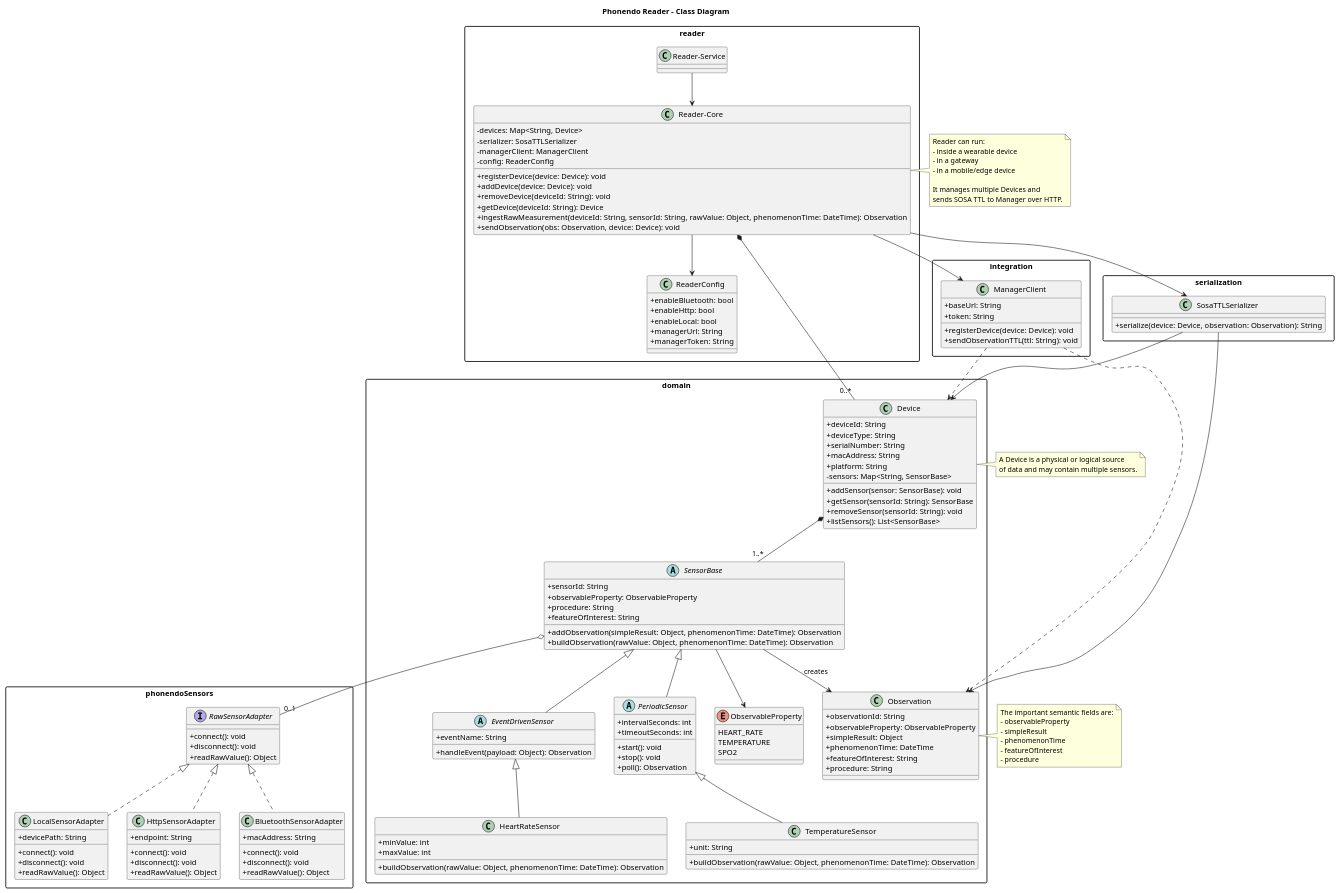
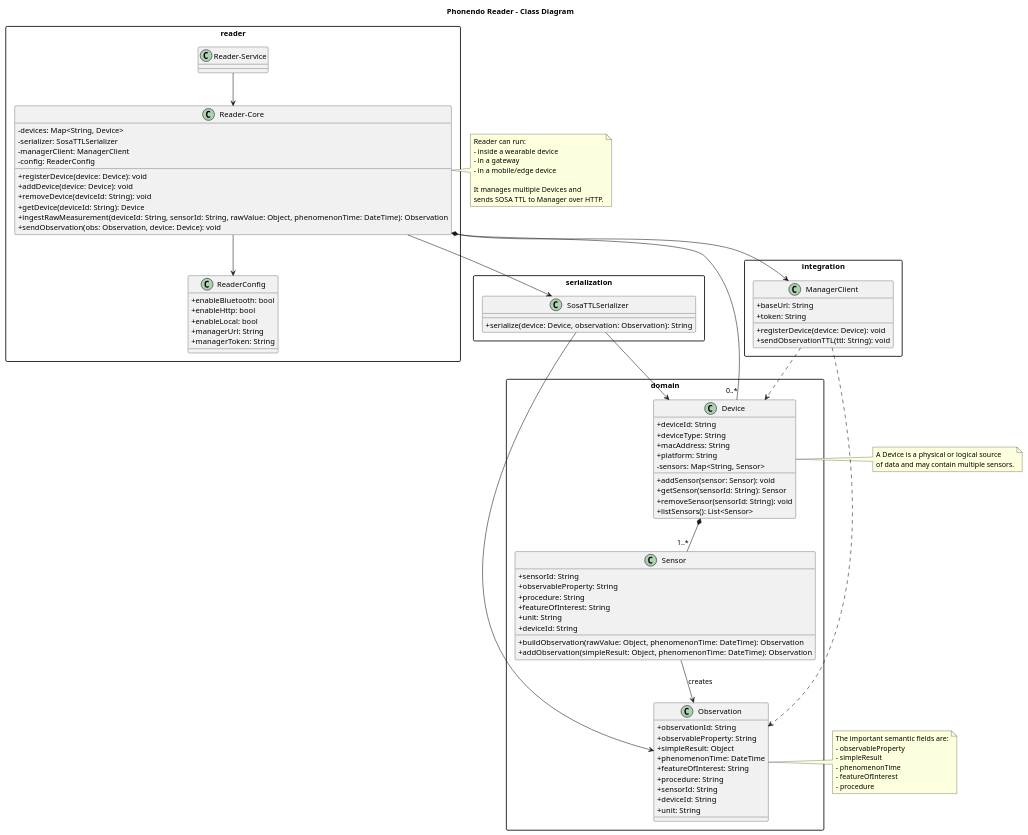
The diagram in docs/reader.plantuml (ParriCode/phonedo), drawn with PlantUML before and after one commit. The commit also changed 15 other files, not shown here.

```diff
--- a/docs/reader.plantuml
+++ b/docs/reader.plantuml
@@ -1,196 +1,128 @@
 @startuml reader
 skinparam classAttributeIconSize 0
 skinparam packageStyle rectangle
 title Phonendo Reader - Class Diagram
 
 package "reader" {
   class "Reader-Core" as ReaderCore {
     - devices: Map<String, Device>
     - serializer: SosaTTLSerializer
     - managerClient: ManagerClient
     - config: ReaderConfig
     
     + registerDevice(device: Device): void
     + addDevice(device: Device): void
     + removeDevice(deviceId: String): void
     + getDevice(deviceId: String): Device
     + ingestRawMeasurement(deviceId: String, sensorId: String, rawValue: Object, phenomenonTime: DateTime): Observation
     + sendObservation(obs: Observation, device: Device): void
   }
 
   class "Reader-Service" as ReaderService {
   }
 
   class ReaderConfig {
     + enableBluetooth: bool
     + enableHttp: bool
     + enableLocal: bool
     + managerUrl: String
     + managerToken: String
   }
 }
 
 package "domain" {
 
   class Device {
     + deviceId: String
     + deviceType: String
-    + serialNumber: String
     + macAddress: String
     + platform: String
-    - sensors: Map<String, SensorBase>
-    + addSensor(sensor: SensorBase): void
-    + getSensor(sensorId: String): SensorBase
+    - sensors: Map<String, Sensor>
+    + addSensor(sensor: Sensor): void
+    + getSensor(sensorId: String): Sensor
     + removeSensor(sensorId: String): void
-    + listSensors(): List<SensorBase>
+    + listSensors(): List<Sensor>
   }
 
-  abstract class SensorBase {
+  class Sensor {
     + sensorId: String
-    + observableProperty: ObservableProperty
+    + observableProperty: String
     + procedure: String
     + featureOfInterest: String
+    + unit: String
+    + deviceId: String
+    + buildObservation(rawValue: Object, phenomenonTime: DateTime): Observation
     + addObservation(simpleResult: Object, phenomenonTime: DateTime): Observation
-    + buildObservation(rawValue: Object, phenomenonTime: DateTime): Observation
-  }
-
-  abstract class EventDrivenSensor {
-    + eventName: String
-    + handleEvent(payload: Object): Observation
-  }
-
-  abstract class PeriodicSensor {
-    + intervalSeconds: int
-    + timeoutSeconds: int
-    + start(): void
-    + stop(): void
-    + poll(): Observation
-  }
-
-  class HeartRateSensor {
-    + minValue: int
-    + maxValue: int
-    + buildObservation(rawValue: Object, phenomenonTime: DateTime): Observation
-  }
-
-  class TemperatureSensor {
-    + unit: String
-    + buildObservation(rawValue: Object, phenomenonTime: DateTime): Observation
   }
 
   class Observation {
     + observationId: String
-    + observableProperty: ObservableProperty
+    + observableProperty: String
     + simpleResult: Object
     + phenomenonTime: DateTime
     + featureOfInterest: String
     + procedure: String
-  }
-
-  enum ObservableProperty {
-    HEART_RATE
-    TEMPERATURE
-    SPO2
-  }
-}
-
-package "phonendoSensors" {
-
-  interface RawSensorAdapter {
-    + connect(): void
-    + disconnect(): void
-    + readRawValue(): Object
-  }
-
-  class BluetoothSensorAdapter {
-    + macAddress: String
-    + connect(): void
-    + disconnect(): void
-    + readRawValue(): Object
-  }
-
-  class LocalSensorAdapter {
-    + devicePath: String
-    + connect(): void
-    + disconnect(): void
-    + readRawValue(): Object
-  }
-
-  class HttpSensorAdapter {
-    + endpoint: String
-    + connect(): void
-    + disconnect(): void
-    + readRawValue(): Object
+    + sensorId: String
+    + deviceId: String
+    + unit: String
   }
 }
 
 package "serialization" {
 
   class SosaTTLSerializer {
     + serialize(device: Device, observation: Observation): String
   }
 }
 
 package "integration" {
 
   class ManagerClient {
     + baseUrl: String
     + token: String
     + registerDevice(device: Device): void
     + sendObservationTTL(ttl: String): void
   }
 }
 
 ReaderCore *-- "0..*" Device
 ReaderCore --> ReaderConfig
 ReaderCore --> ManagerClient
 ReaderCore --> SosaTTLSerializer
 ReaderService --> ReaderCore
 
-Device *-- "1..*" SensorBase
+Device *-- "1..*" Sensor
 
-SensorBase <|-- EventDrivenSensor
-SensorBase <|-- PeriodicSensor
-
-EventDrivenSensor <|-- HeartRateSensor
-PeriodicSensor <|-- TemperatureSensor
-
-SensorBase --> ObservableProperty
-SensorBase --> Observation : creates
-SensorBase o-- "0..1" RawSensorAdapter
-
-RawSensorAdapter <|.. BluetoothSensorAdapter
-RawSensorAdapter <|.. LocalSensorAdapter
-RawSensorAdapter <|.. HttpSensorAdapter
+Sensor --> Observation : creates
 
 SosaTTLSerializer --> Device
 SosaTTLSerializer --> Observation
 
 ManagerClient ..> Device
 ManagerClient ..> Observation
 
 note right of ReaderCore
 Reader can run:
 - inside a wearable device
 - in a gateway
 - in a mobile/edge device
 
 It manages multiple Devices and
 sends SOSA TTL to Manager over HTTP.
 end note
 
 note right of Device
 A Device is a physical or logical source
 of data and may contain multiple sensors.
 end note
 
 note right of Observation
 The important semantic fields are:
 - observableProperty
 - simpleResult
 - phenomenonTime
 - featureOfInterest
 - procedure
 end note
 
 @enduml
```
